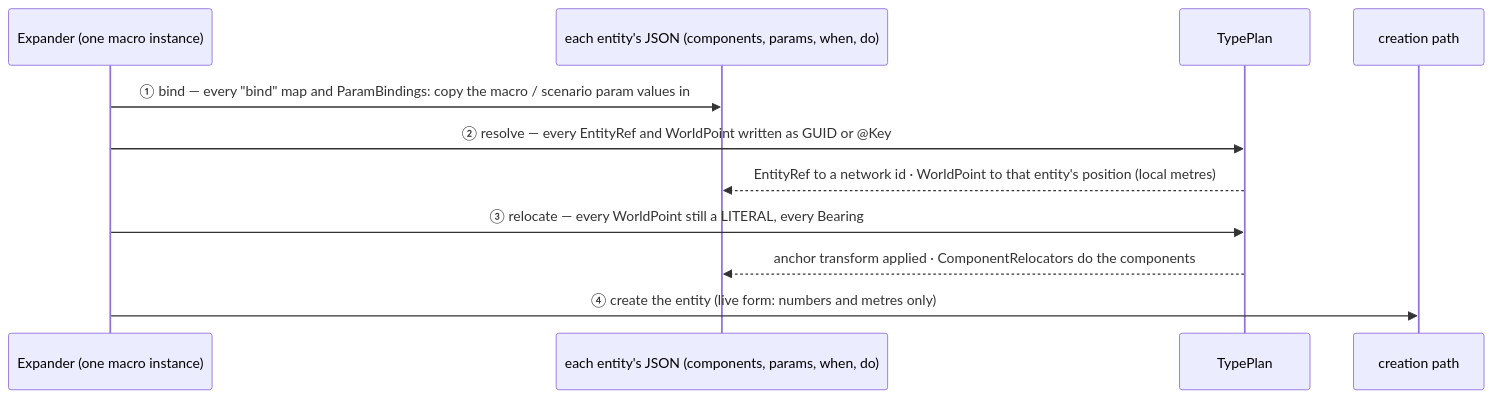
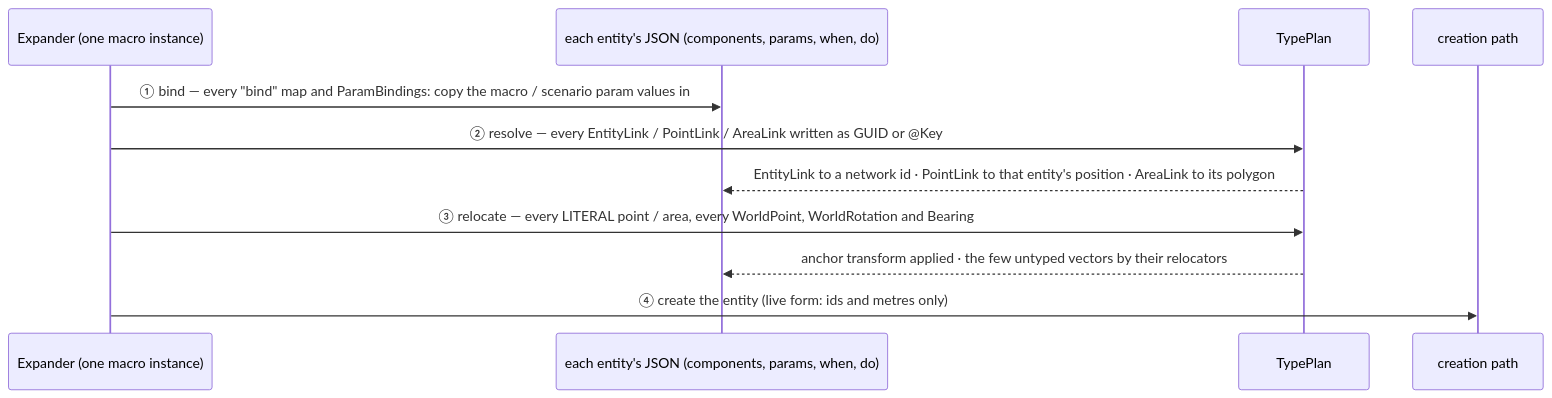
The eighth of 13 diagrams in docs/DESIGN_Scenario_Rules.md (pjanec/HROT), drawn with Mermaid before and after one commit. The commit also changed other lines of this file, not shown here.

First line of the commit message:
DESIGN_Scenario_Rules to FINAL form — superseded revisions removed, every why kept (1666 → 1337 lines)

````diff
--- a/docs/DESIGN_Scenario_Rules.md
+++ b/docs/DESIGN_Scenario_Rules.md
@@ -879,13 +701,13 @@
 ```mermaid
 sequenceDiagram
     participant X as Expander (one macro instance)
     participant J as each entity's JSON (components, params, when, do)
     participant P as TypePlan
     participant C as creation path
     X->>J: ① bind — every "bind" map and ParamBindings: copy the macro / scenario param values in
-    X->>P: ② resolve — every EntityRef and WorldPoint written as GUID or @Key
-    P-->>J: EntityRef to a network id · WorldPoint to that entity's position (local metres)
-    X->>P: ③ relocate — every WorldPoint still a LITERAL, every Bearing
-    P-->>J: anchor transform applied · ComponentRelocators do the components
-    X->>C: ④ create the entity (live form: numbers and metres only)
+    X->>P: ② resolve — every EntityLink / PointLink / AreaLink written as GUID or @Key
+    P-->>J: EntityLink to a network id · PointLink to that entity's position · AreaLink to its polygon
+    X->>P: ③ relocate — every LITERAL point / area, every WorldPoint, WorldRotation and Bearing
+    P-->>J: anchor transform applied · the few untyped vectors by their relocators
+    X->>C: ④ create the entity (live form: ids and metres only)
 ```
````
